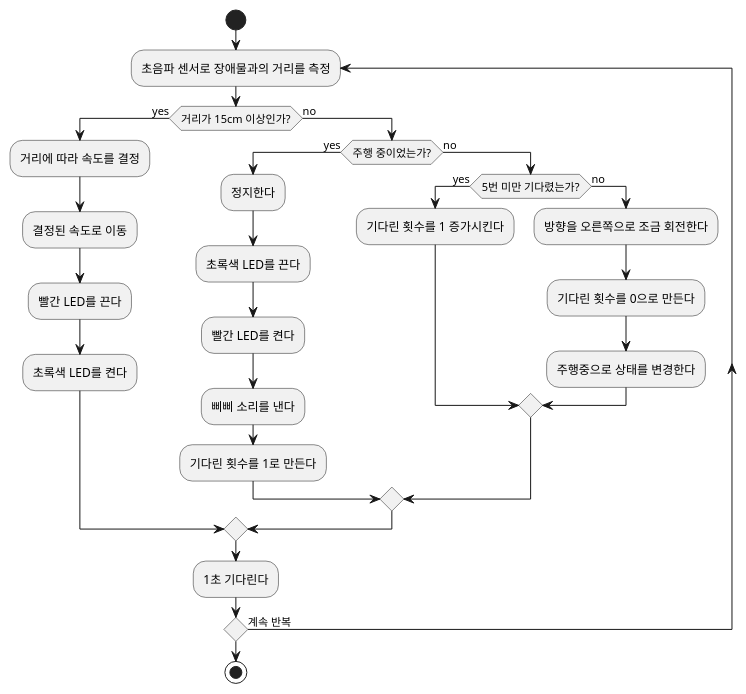
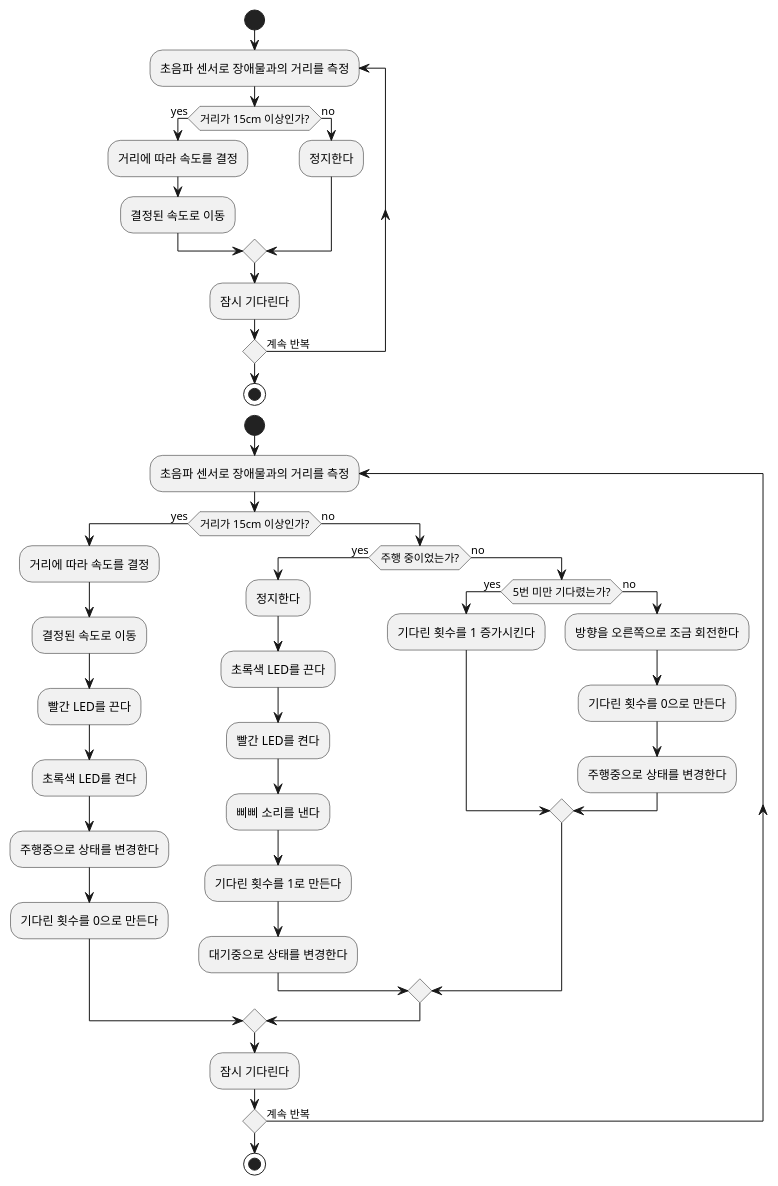
Before and after one commit to msaltnet/coding-camp: the diagram in _article/activity.puml, drawn with PlantUML. The commit also changed 10 other files, not shown here.

```diff
--- a/_article/activity.puml
+++ b/_article/activity.puml
@@ -1,29 +1,45 @@
 @startuml
+start
+repeat :초음파 센서로 장애물과의 거리를 측정;
+    if (거리가 15cm 이상인가?) then (yes)
+        :거리에 따라 속도를 결정;
+        :결정된 속도로 이동;
+    else (no)
+        :정지한다;
+    endif
+:잠시 기다린다;
+repeat while() is (계속 반복);
+stop
+
 start
 repeat :초음파 센서로 장애물과의 거리를 측정;
     if (거리가 15cm 이상인가?) then (yes)
         :거리에 따라 속도를 결정;
         :결정된 속도로 이동;
         :빨간 LED를 끈다;
         :초록색 LED를 켠다;
+        :주행중으로 상태를 변경한다;
+        :기다린 횟수를 0으로 만든다;
     else (no)
         if (주행 중이었는가?) then (yes)
             :정지한다;
             :초록색 LED를 끈다;
             :빨간 LED를 켠다;
             :삐삐 소리를 낸다;
             :기다린 횟수를 1로 만든다;
+            :대기중으로 상태를 변경한다;
         else (no)
             if (5번 미만 기다렸는가?) then (yes)
                 :기다린 횟수를 1 증가시킨다;
             else (no)
                 :방향을 오른쪽으로 조금 회전한다;
                 :기다린 횟수를 0으로 만든다;
                 :주행중으로 상태를 변경한다;
             endif
         endif
     endif
-:1초 기다린다;
+:잠시 기다린다;
 repeat while() is (계속 반복);
 stop
+
 @enduml
```
